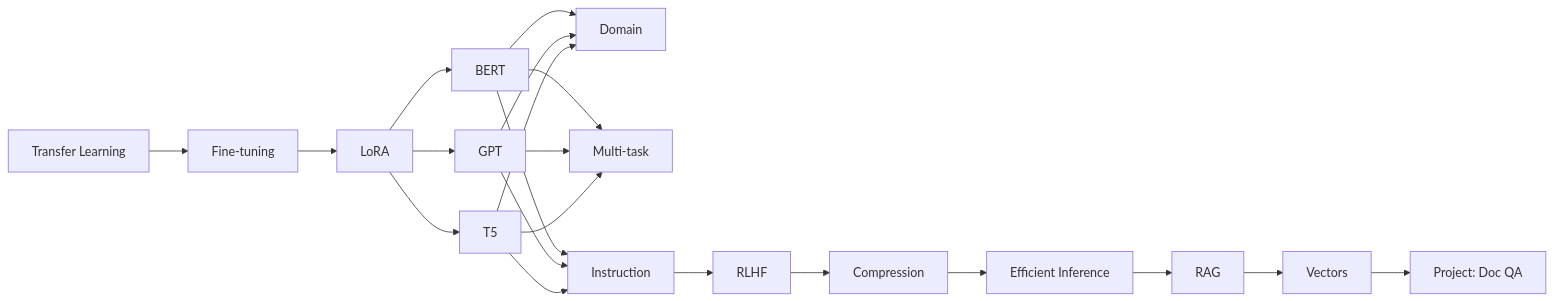
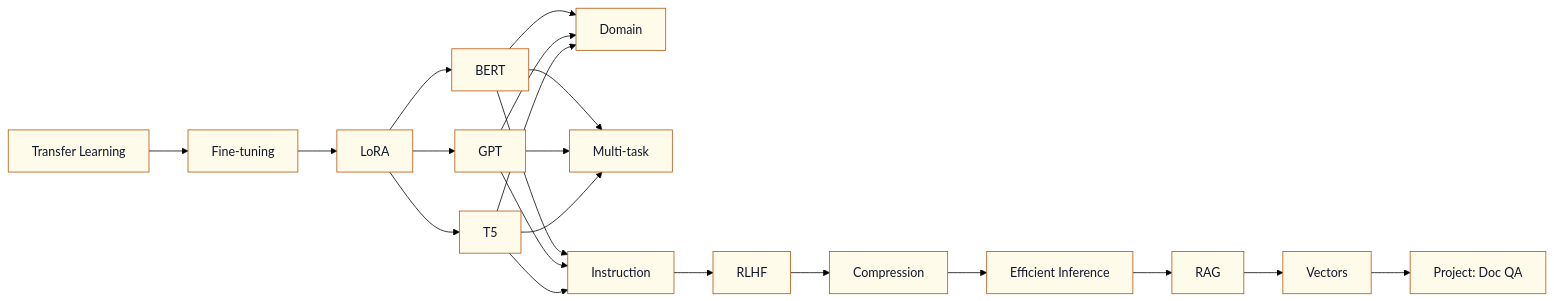
The fifth of 7 diagrams in README.md (nexageapps/LLM), drawn with Mermaid before and after one commit. The commit also changed other lines of this file, not shown here.

````diff
--- a/README.md
+++ b/README.md
@@ -213,10 +217,11 @@
 ```mermaid
+%%{init: {'theme':'base', 'themeVariables': {'primaryTextColor':'#0f172a', 'primaryColor':'#fef3c7', 'primaryBorderColor':'#d97706', 'secondaryColor':'#dcfce7', 'tertiaryColor':'#dbeafe', 'background':'#ffffff', 'mainBkg':'#fffbeb', 'textColor':'#1e293b', 'nodeBorder':'#b45309', 'edgeColor':'#475569'}}}%%
 flowchart LR
     L16[Transfer Learning] --> L17[Fine-tuning]
     L17 --> L18[LoRA]
     L18 --> L19[BERT] & L20[GPT] & L21[T5]
     L19 & L20 & L21 --> L22[Domain] & L23[Multi-task] & L24[Instruction]
     L24 --> L25[RLHF]
     L25 --> L26[Compression] --> L27[Efficient Inference]
     L27 --> L28[RAG] --> L29[Vectors] --> L30[Project: Doc QA]
 ```
````
